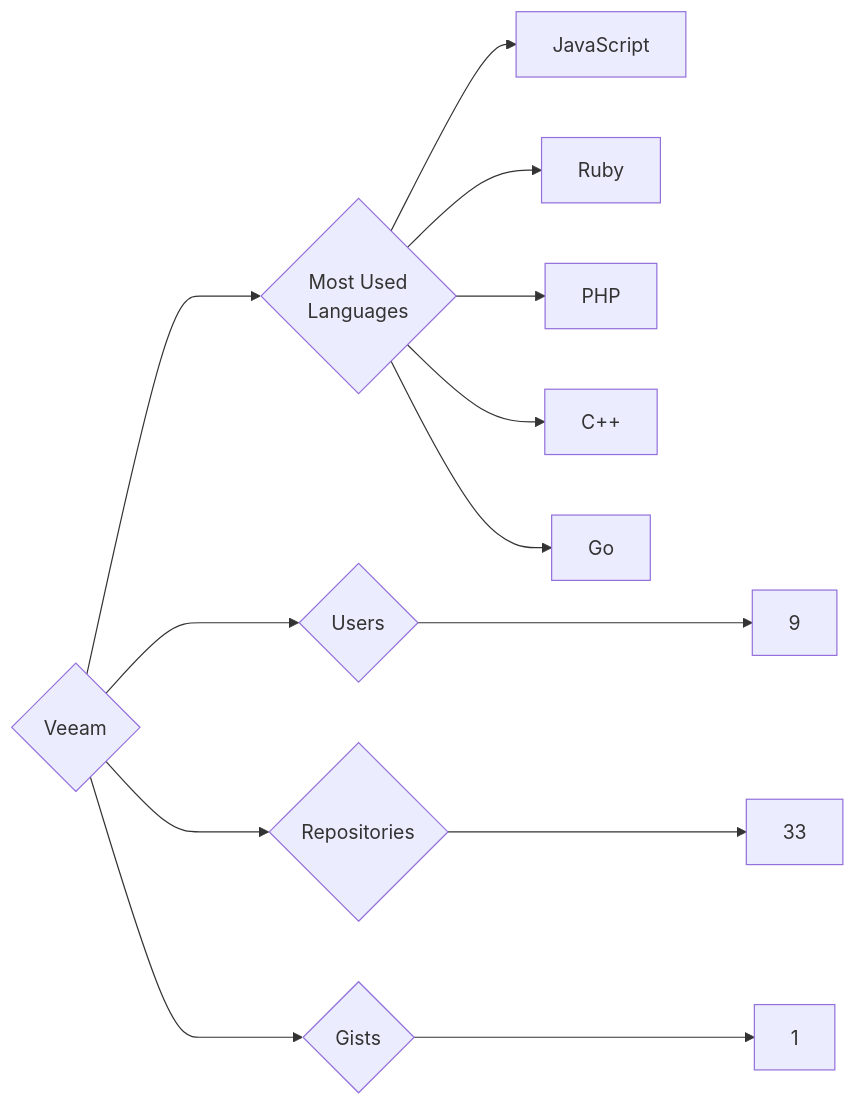
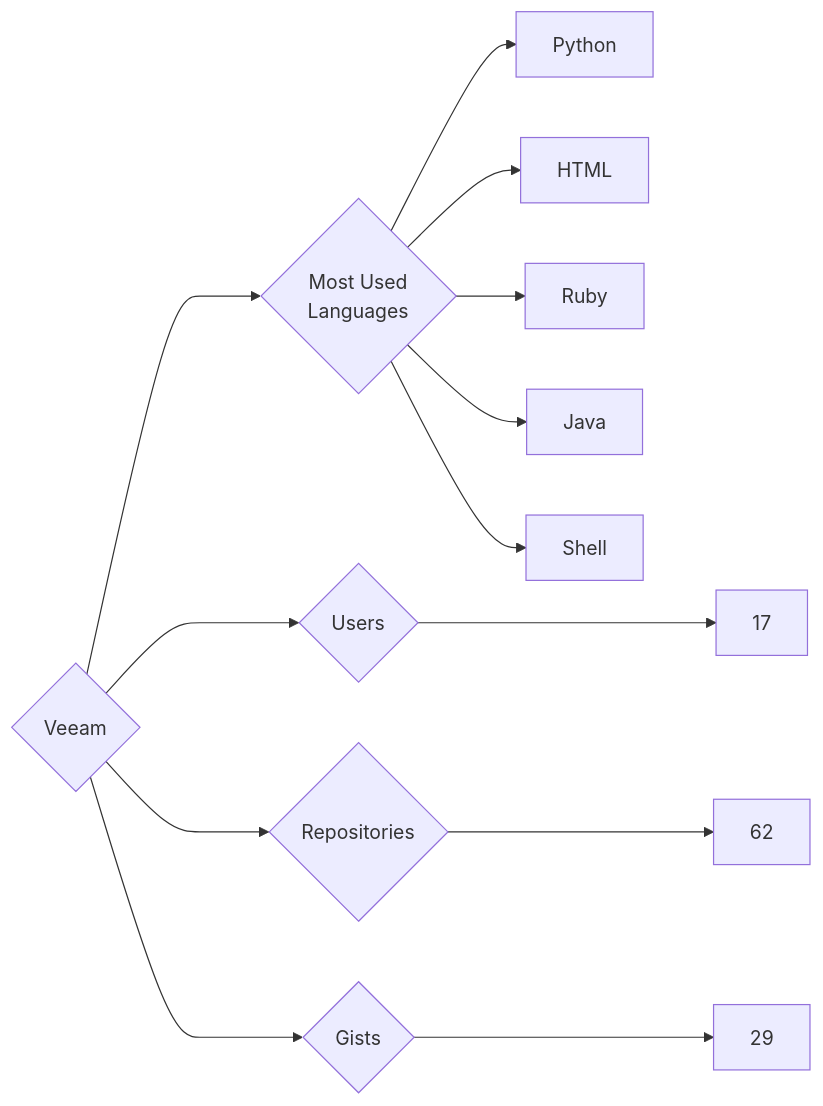
The diagram in targets/Veeam/README.md (trickest/insiders), drawn with Mermaid before and after one commit. The commit also changed 920 other files, not shown here.

````diff
--- a/targets/Veeam/README.md
+++ b/targets/Veeam/README.md
@@ -3,13 +3,13 @@
 ```mermaid
 graph LR
 COMPANY_NAME{Veeam}
-COMPANY_NAME ---> U{Users} ---> UN[9]
-COMPANY_NAME ---> R{Repositories} ---> RN[33]
-COMPANY_NAME ---> G{Gists} ---> GN[1]
+COMPANY_NAME ---> U{Users} ---> UN[17]
+COMPANY_NAME ---> R{Repositories} ---> RN[62]
+COMPANY_NAME ---> G{Gists} ---> GN[29]
 COMPANY_NAME ---> ML{Most Used<br>Languages}
-ML --> JavaScript[JavaScript]
+ML --> Python[Python]
+ML --> HTML[HTML]
 ML --> Ruby[Ruby]
-ML --> PHP[PHP]
-ML --> C++[C++]
-ML --> Go[Go]
+ML --> Java[Java]
+ML --> Shell[Shell]
 ```
````
